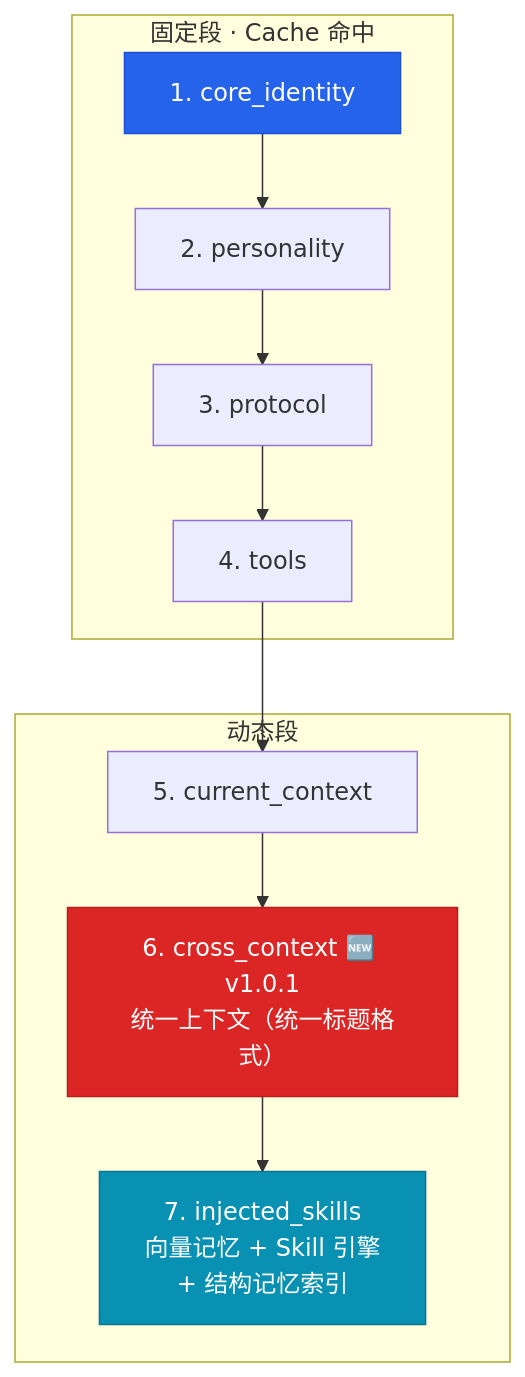
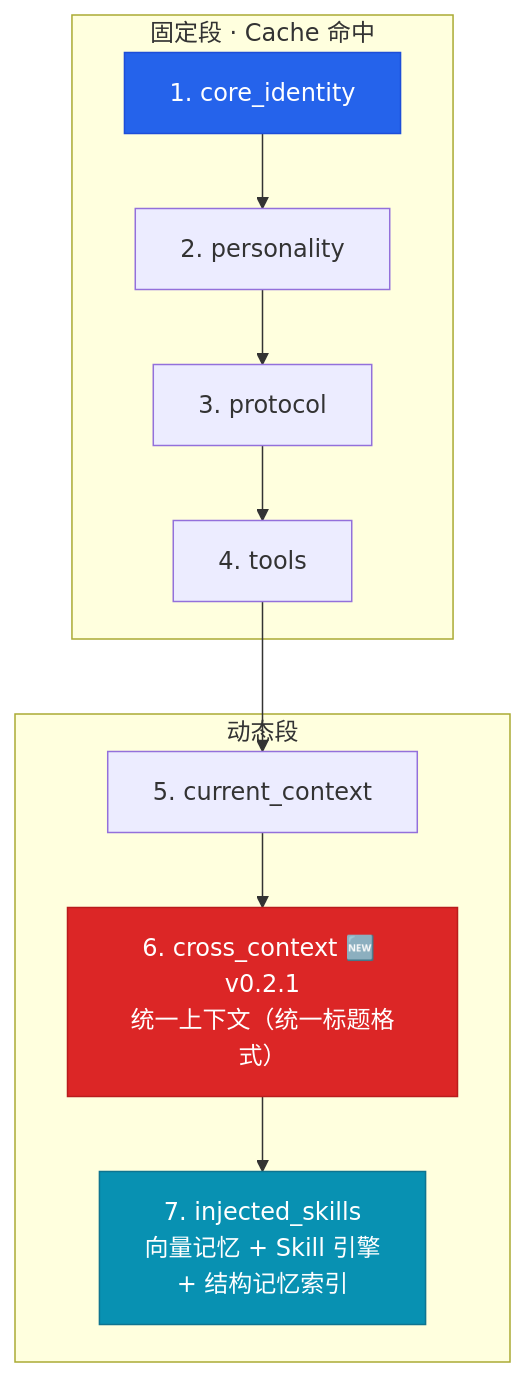
The seventh of 7 diagrams in docs/archive/old_designs/AI 认知架构三空间模型.md (Coprexist/AIsChat), drawn with Mermaid before and after one commit. The commit also changed other lines of this file and 58 other files, not shown here.

````diff
--- a/docs/archive/old_designs/AI 认知架构三空间模型.md
+++ b/docs/archive/old_designs/AI 认知架构三空间模型.md
@@ -257,20 +257,20 @@
 ```mermaid
 flowchart TB
     subgraph Fixed["固定段 · Cache 命中"]
         S1["1. core_identity"]
         S2["2. personality"]
         S3["3. protocol"]
         S4["4. tools"]
     end
     subgraph Dynamic["动态段"]
         S5["5. current_context"]
-        S6["6. cross_context 🆕 v1.0.1<br/>统一上下文（统一标题格式）"]
+        S6["6. cross_context 🆕 v0.2.1<br/>统一上下文（统一标题格式）"]
         S7["7. injected_skills<br/>向量记忆 + Skill 引擎<br/>+ 结构记忆索引"]
     end
     S1 --> S2 --> S3 --> S4 --> S5 --> S6 --> S7
 
     style S1 fill:#2563eb,stroke:#1d4ed8,color:#fff
     style S6 fill:#dc2626,stroke:#b91c1c,color:#fff
 
     style S7 fill:#0891b2,stroke:#0e7490,color:#fff
 ```
````
